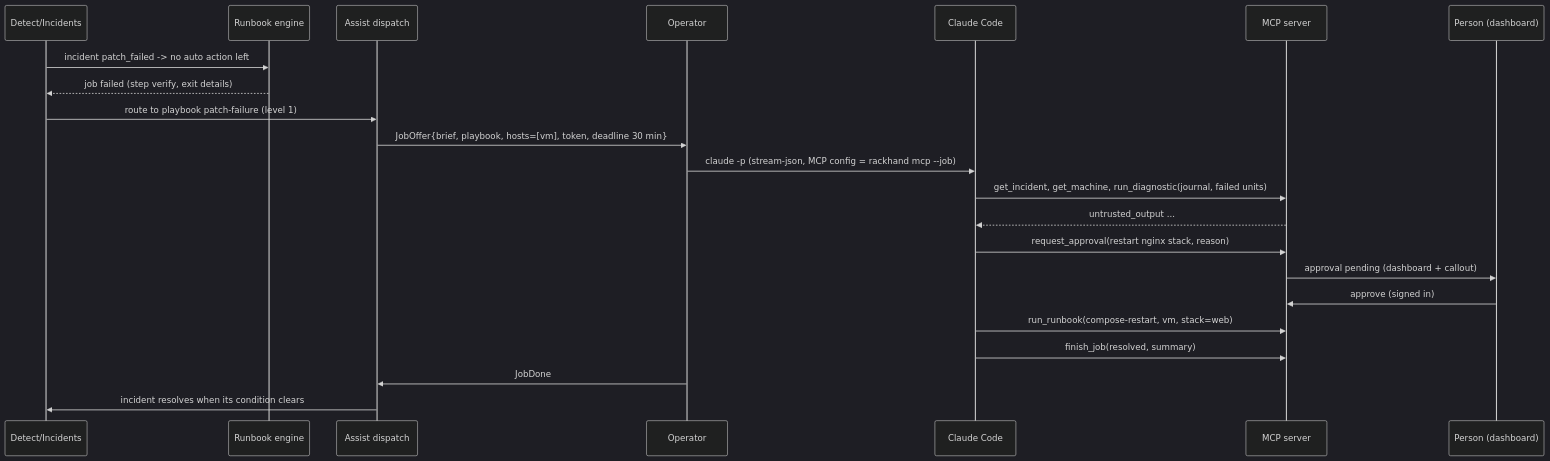
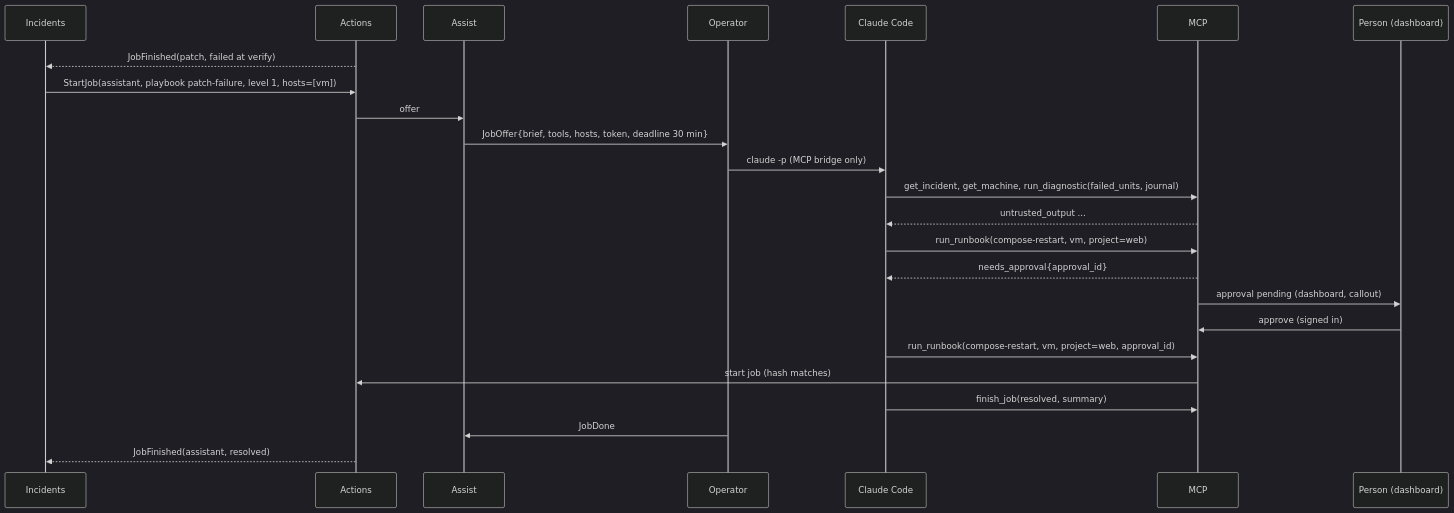
Before and after one commit to StrangeMatterStudio/Rackhand: the sixth of 7 diagrams in docs/designs/0001-architecture/design.md, drawn with Mermaid (dark theme). The commit also changed other lines of this file, not shown here.

````diff
--- a/docs/designs/0001-architecture/design.md
+++ b/docs/designs/0001-architecture/design.md
@@ -650,24 +898,26 @@
 ```mermaid
 sequenceDiagram
-  participant D as Detect/Incidents
-  participant R as Runbook engine
-  participant A as Assist dispatch
+  participant I as Incidents
+  participant A as Actions
+  participant S as Assist
   participant O as Operator
   participant C as Claude Code
-  participant M as MCP server
+  participant M as MCP
   participant P as Person (dashboard)
-  D->>R: incident patch_failed -> no auto action left
-  R-->>D: job failed (step verify, exit details)
-  D->>A: route to playbook patch-failure (level 1)
-  A->>O: JobOffer{brief, playbook, hosts=[vm], token, deadline 30 min}
-  O->>C: claude -p (stream-json, MCP config = rackhand mcp --job)
-  C->>M: get_incident, get_machine, run_diagnostic(journal, failed units)
+  A-->>I: JobFinished(patch, failed at verify)
+  I->>A: StartJob(assistant, playbook patch-failure, level 1, hosts=[vm])
+  A->>S: offer
+  S->>O: JobOffer{brief, tools, hosts, token, deadline 30 min}
+  O->>C: claude -p (MCP bridge only)
+  C->>M: get_incident, get_machine, run_diagnostic(failed_units, journal)
   M-->>C: untrusted_output ...
-  C->>M: request_approval(restart nginx stack, reason)
-  M->>P: approval pending (dashboard + callout)
+  C->>M: run_runbook(compose-restart, vm, project=web)
+  M-->>C: needs_approval{approval_id}
+  M->>P: approval pending (dashboard, callout)
   P->>M: approve (signed in)
-  C->>M: run_runbook(compose-restart, vm, stack=web)
+  C->>M: run_runbook(compose-restart, vm, project=web, approval_id)
+  M->>A: start job (hash matches)
   C->>M: finish_job(resolved, summary)
-  O->>A: JobDone
-  A->>D: incident resolves when its condition clears
+  O->>S: JobDone
+  A-->>I: JobFinished(assistant, resolved)
 ```
````
